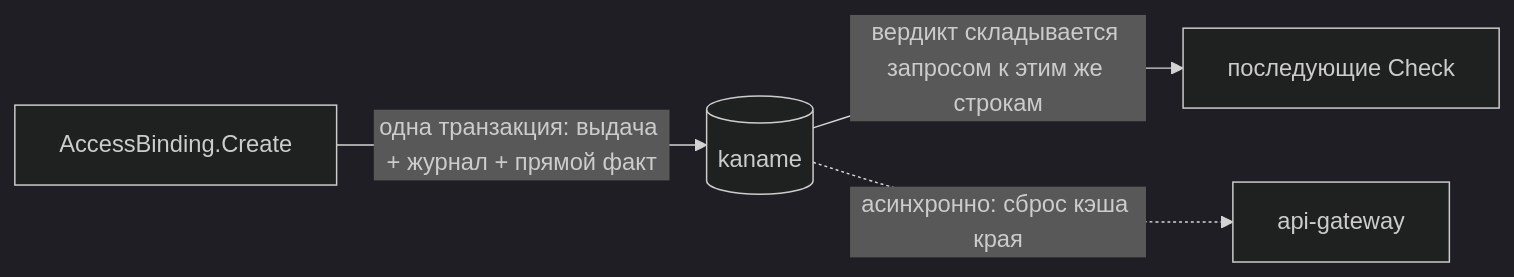
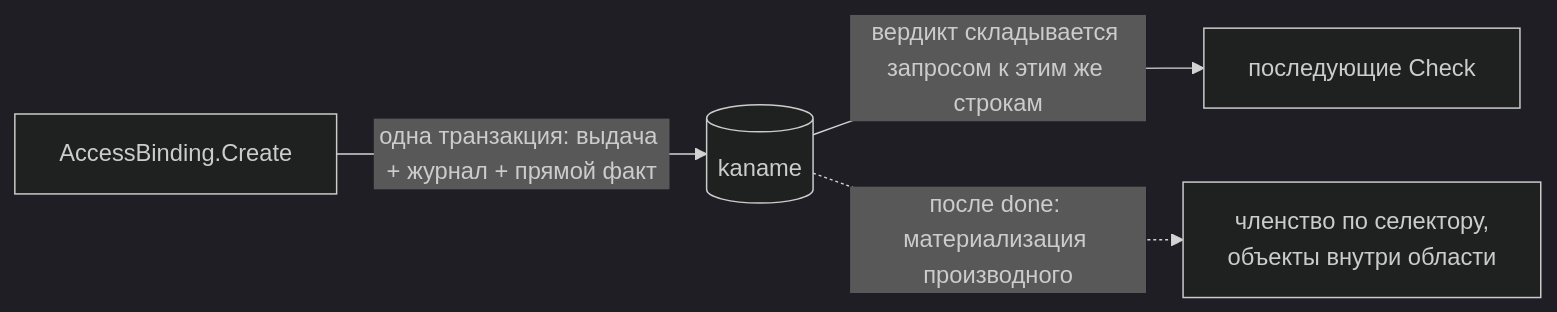
Before and after one commit to PRO-Robotech/kaname: the second of 2 diagrams in docs/content/architecture/authz.mdx, drawn with Mermaid (dark theme). The commit also changed other lines of this file, not shown here.

First line of the commit message:
#731 docs(architecture): ребра сброса кэша края у службы нет (kaname#748)

````diff
--- a/docs/content/architecture/authz.mdx
+++ b/docs/content/architecture/authz.mdx
@@ -282,6 +282,6 @@
 ```mermaid
 flowchart LR
   ab["AccessBinding.Create"] -->|"одна транзакция: выдача + журнал + прямой факт"| pg[("kaname")]
   pg -->|"вердикт складывается запросом к этим же строкам"| check["последующие Check"]
-  pg -.->|"асинхронно: сброс кэша края"| gw["api-gateway"]
+  pg -.->|"после done: материализация производного"| derived["членство по селектору,<br/>объекты внутри области"]
 ```
````
